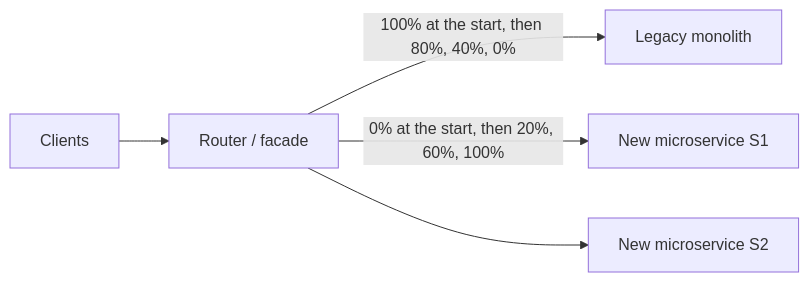
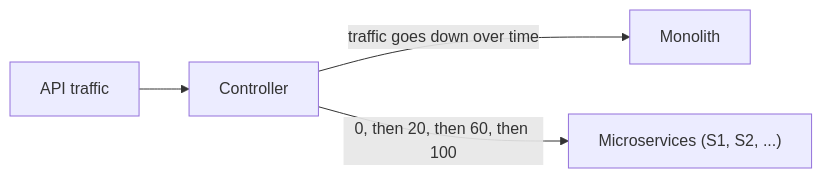
Before and after one commit to notnotnithin/System-Design-Notes: the seventh of 13 diagrams in HLD/03_04_Microservices_Design_Patterns_Notes.md, drawn with Mermaid. The commit also changed other lines of this file and 80 other files, not shown here.

````diff
--- a/HLD/03_04_Microservices_Design_Patterns_Notes.md
+++ b/HLD/03_04_Microservices_Design_Patterns_Notes.md
@@ -179,7 +159,6 @@
 ```mermaid
 graph LR
-  C["Clients"] --> R["Router / facade"]
-  R -->|"100% at the start, then 80%, 40%, 0%"| M["Legacy monolith"]
-  R -->|"0% at the start, then 20%, 60%, 100%"| S1["New microservice S1"]
-  R --> S2["New microservice S2"]
+  T["API traffic"] --> C["Controller"]
+  C -->|"traffic goes down over time"| M["Monolith"]
+  C -->|"0, then 20, then 60, then 100"| MS["Microservices (S1, S2, ...)"]
 ```
````
